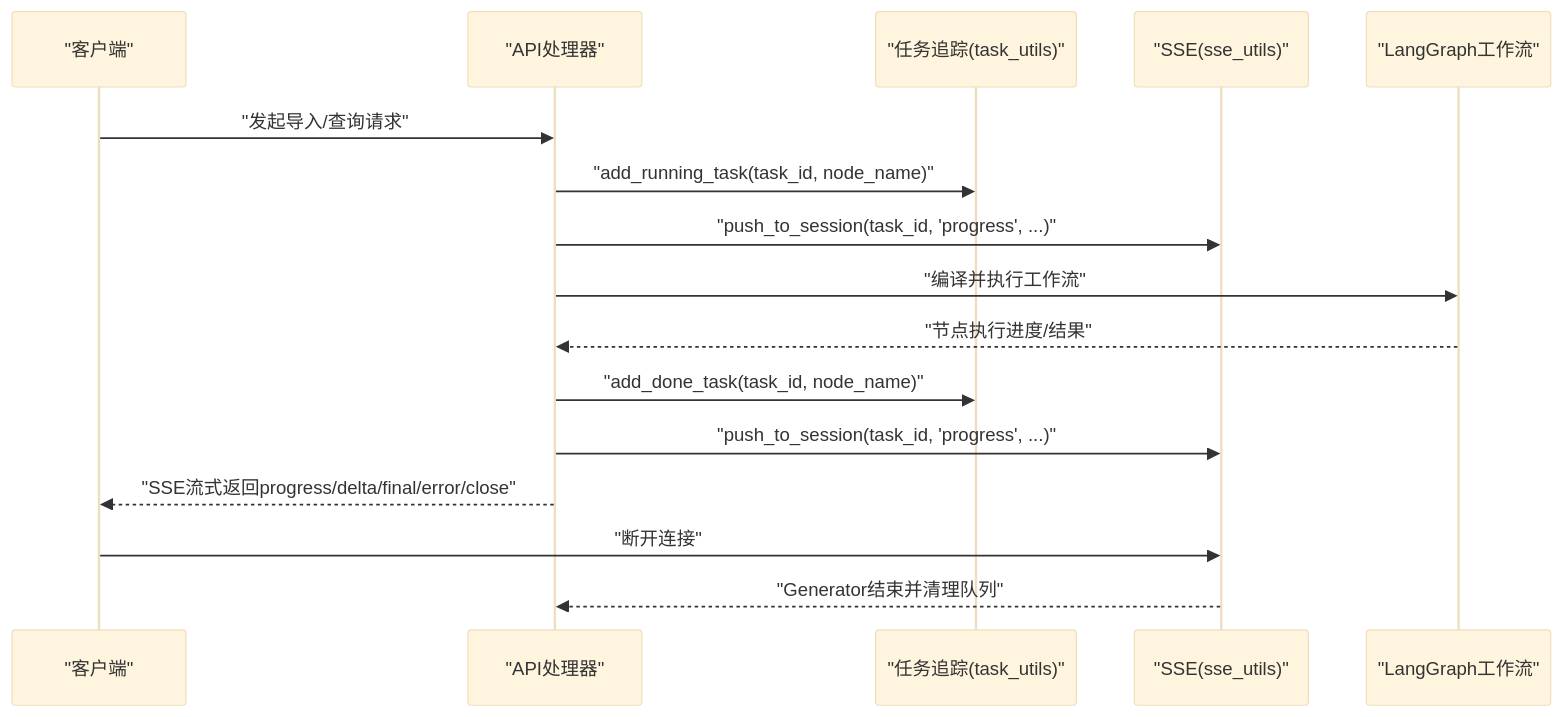
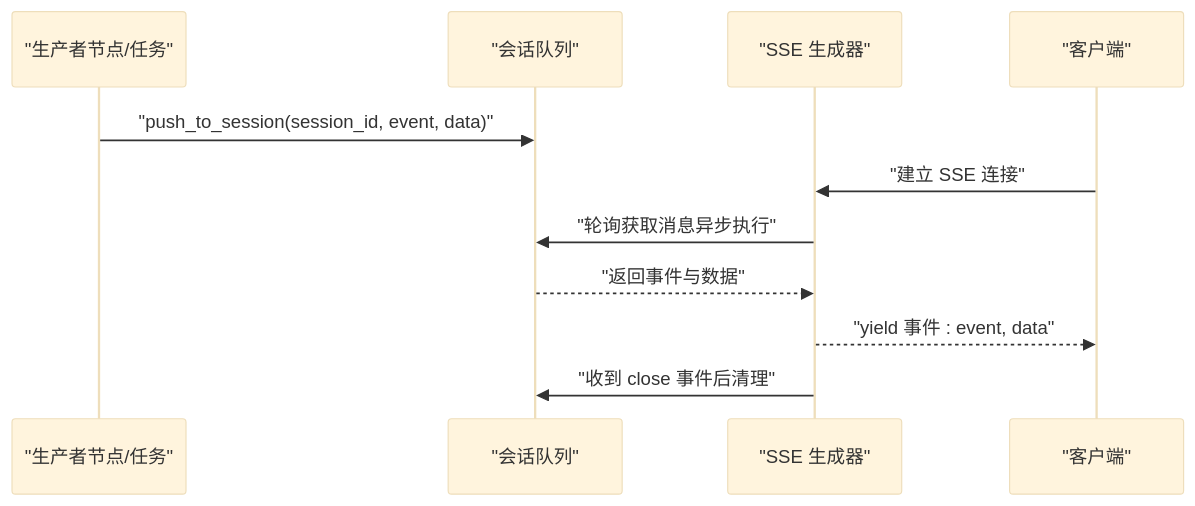
One commit to YveS-y/rag-agent changed the fifth of 8 diagrams in .qoder/repowiki/zh/content/开发者指南.md. Above: the diagram before and after it, drawn with Mermaid (base theme). The commit also changed other lines of this file and 14 other files, not shown here.

````diff
--- a/.qoder/repowiki/zh/content/开发者指南.md
+++ b/.qoder/repowiki/zh/content/开发者指南.md
@@ -425,18 +201,13 @@
 ```mermaid
 sequenceDiagram
+participant Producer as "生产者节点/任务"
+participant Queue as "会话队列"
+participant SSE as "SSE 生成器"
 participant Client as "客户端"
-participant API as "API处理器"
-participant Task as "任务追踪(task_utils)"
-participant SSE as "SSE(sse_utils)"
-participant Graph as "LangGraph工作流"
-Client->>API : "发起导入/查询请求"
-API->>Task : "add_running_task(task_id, node_name)"
-API->>SSE : "push_to_session(task_id, 'progress', ...)"
-API->>Graph : "编译并执行工作流"
-Graph-->>API : "节点执行进度/结果"
-API->>Task : "add_done_task(task_id, node_name)"
-API->>SSE : "push_to_session(task_id, 'progress', ...)"
-API-->>Client : "SSE流式返回progress/delta/final/error/close"
-Client->>SSE : "断开连接"
-SSE-->>API : "Generator结束并清理队列"
+Producer->>Queue : "push_to_session(session_id, event, data)"
+Client->>SSE : "建立 SSE 连接"
+SSE->>Queue : "轮询获取消息异步执行"
+Queue-->>SSE : "返回事件与数据"
+SSE-->>Client : "yield 事件 : event, data"
+SSE->>Queue : "收到 close 事件后清理"
 ```
````
